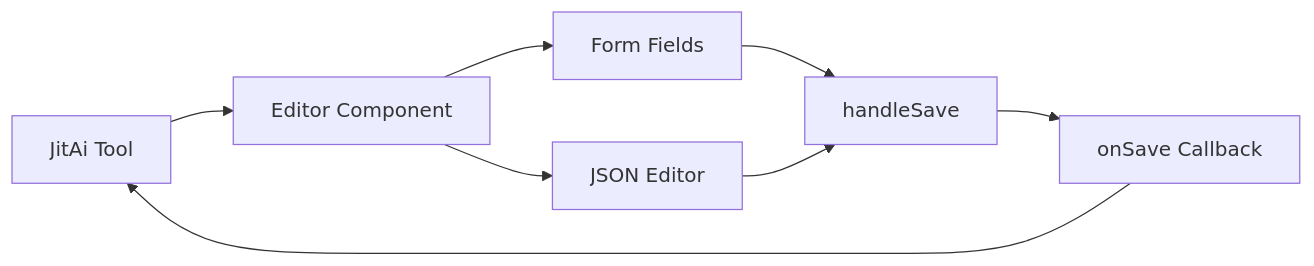
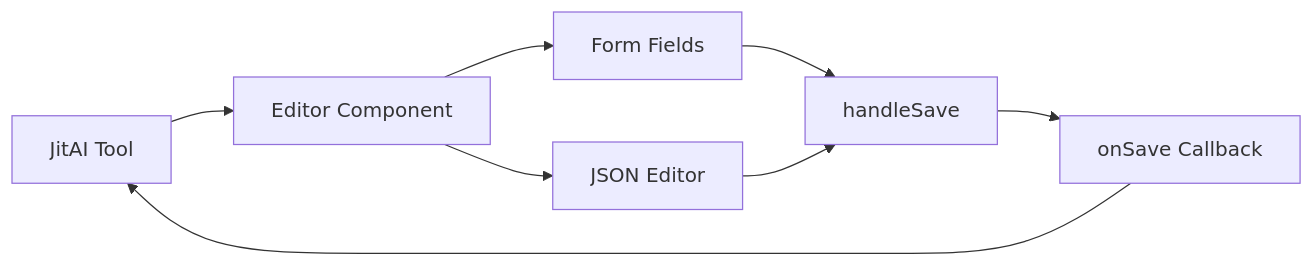
One commit to jitai-team/jitai-docs changed the diagram in docs/extguide/develop-backend-element-visual-editor.md. Above: the diagram before and after it, drawn with Mermaid. The commit also changed other lines of this file and 395 other files, not shown here.

````diff
--- a/docs/extguide/develop-backend-element-visual-editor.md
+++ b/docs/extguide/develop-backend-element-visual-editor.md
@@ -378,10 +378,10 @@
 ```mermaid
 graph LR
-    A[JitAi Tool] --> B[Editor Component]
+    A[JitAI Tool] --> B[Editor Component]
     B --> C[Form Fields]
     B --> D[JSON Editor]
     C --> E[handleSave]
     D --> E
     E --> F[onSave Callback]
     F --> A
 ```
````
